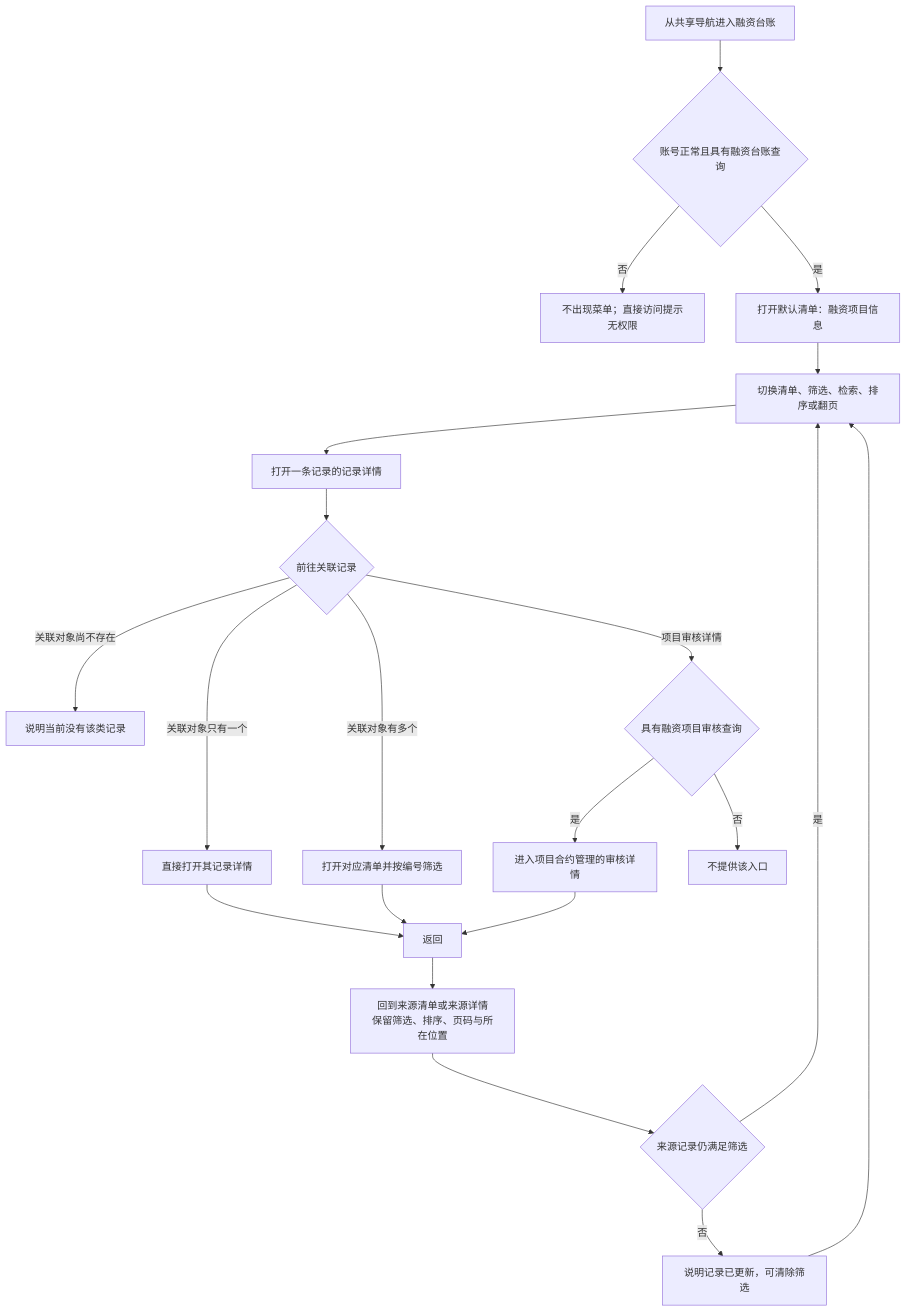
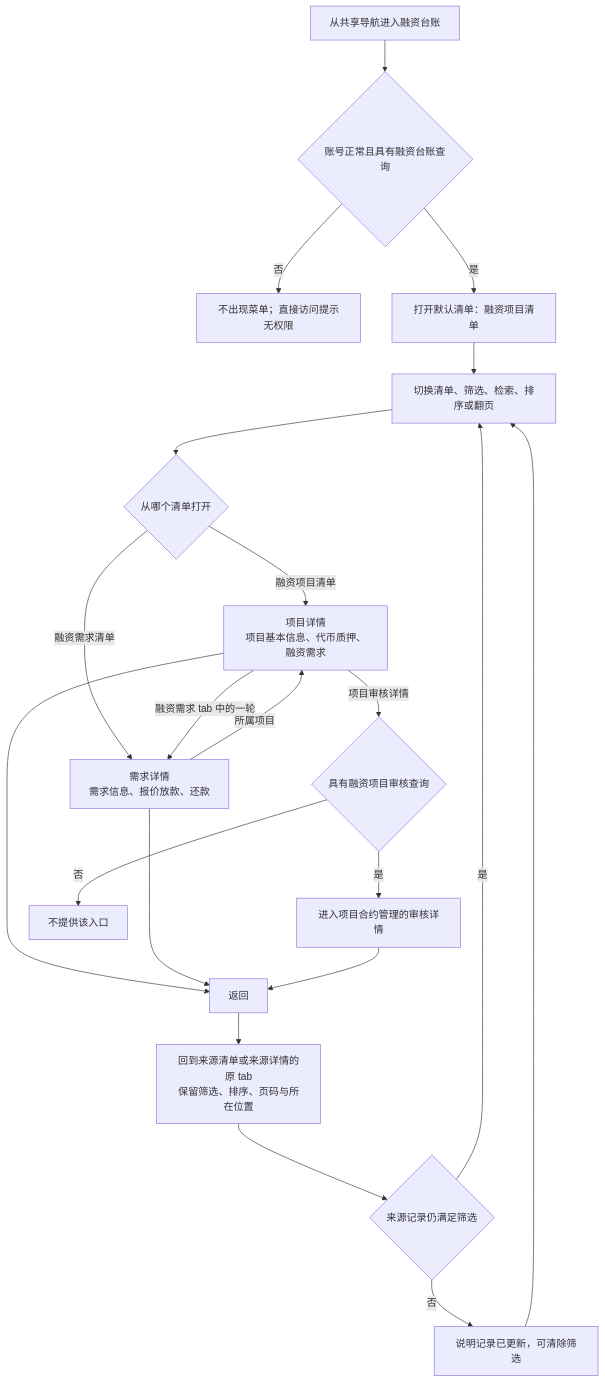
One commit to wxblockchain/Chain-Financing changed the second of 3 diagrams in lending-platform/PRD/运营端/09-融资台账/02-融资台账-流程图与状态机.md. Above: the diagram before and after it, drawn with Mermaid. The commit also changed other lines of this file and 3 other files, not shown here.

````diff
--- a/lending-platform/PRD/运营端/09-融资台账/02-融资台账-流程图与状态机.md
+++ b/lending-platform/PRD/运营端/09-融资台账/02-融资台账-流程图与状态机.md
@@ -58,23 +58,23 @@
 ```mermaid
 flowchart TD
     A[从共享导航进入融资台账] --> B{账号正常且具有融资台账查询}
     B -->|否| B1[不出现菜单；直接访问提示无权限]
-    B -->|是| C[打开默认清单：融资项目信息]
+    B -->|是| C[打开默认清单：融资项目清单]
     C --> D[切换清单、筛选、检索、排序或翻页]
-    D --> E[打开一条记录的记录详情]
-    E --> F{前往关联记录}
-    F -->|关联对象只有一个| G[直接打开其记录详情]
-    F -->|关联对象有多个| H[打开对应清单并按编号筛选]
-    F -->|关联对象尚不存在| I[说明当前没有该类记录]
-    F -->|项目审核详情| J{具有融资项目审核查询}
-    J -->|是| J1[进入项目合约管理的审核详情]
-    J -->|否| J2[不提供该入口]
-    G --> K[返回]
-    H --> K
-    J1 --> K
-    K --> L[回到来源清单或来源详情<br/>保留筛选、排序、页码与所在位置]
+    D --> E{从哪个清单打开}
+    E -->|融资项目清单| F[项目详情<br/>项目基本信息、代币质押、融资需求]
+    E -->|融资需求清单| G[需求详情<br/>需求信息、报价放款、还款]
+    F -->|融资需求 tab 中的一轮| G
+    G -->|所属项目| F
+    F -->|项目审核详情| H{具有融资项目审核查询}
+    H -->|是| H1[进入项目合约管理的审核详情]
+    H -->|否| H2[不提供该入口]
+    F --> K[返回]
+    G --> K
+    H1 --> K
+    K --> L[回到来源清单或来源详情的原 tab<br/>保留筛选、排序、页码与所在位置]
     L --> M{来源记录仍满足筛选}
     M -->|是| D
     M -->|否| N[说明记录已更新，可清除筛选]
     N --> D
 ```
````
